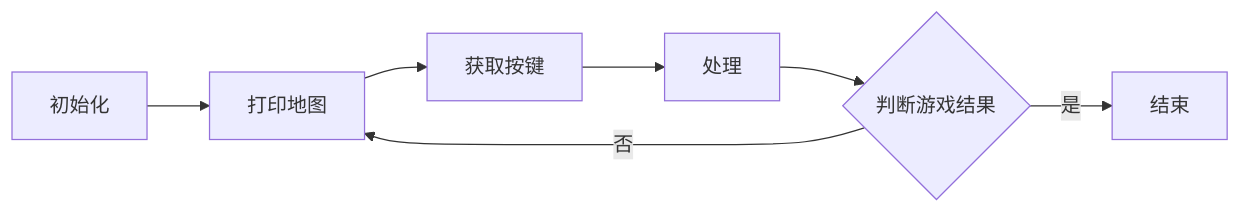
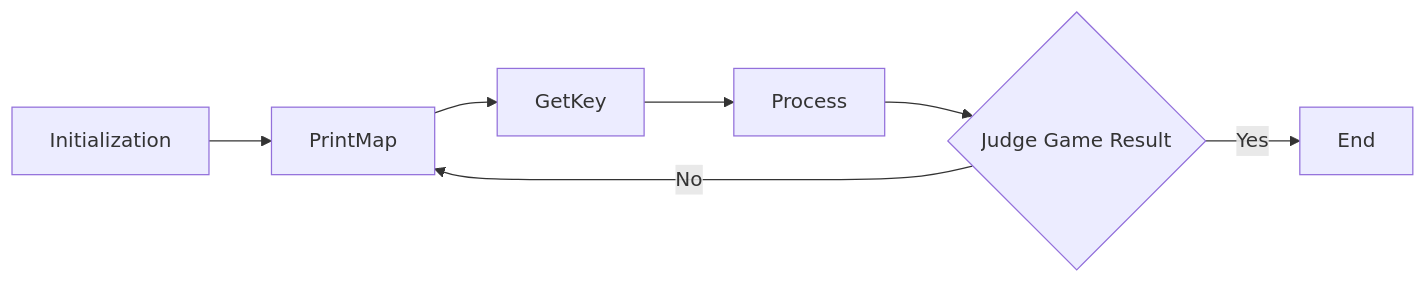
One commit to doctordragon666/Snake changed the first of 2 diagrams in README.md. Above: the diagram before and after it, drawn with Mermaid. The commit also changed other lines of this file and 4 other files, not shown here.

````diff
--- a/README.md
+++ b/README.md
@@ -17,6 +39,6 @@
 ```mermaid
 flowchart LR
-	初始化 --> 打印地图 --> 获取按键 --> 处理 --> A{判断游戏结果}
-	A --> |是| 结束
-	A -->|否| 打印地图
+	Initialization --> PrintMap --> GetKey --> Process --> A{"Judge Game Result"}
+	A --> |Yes| End
+	A -->|No| PrintMap
 ```
````
